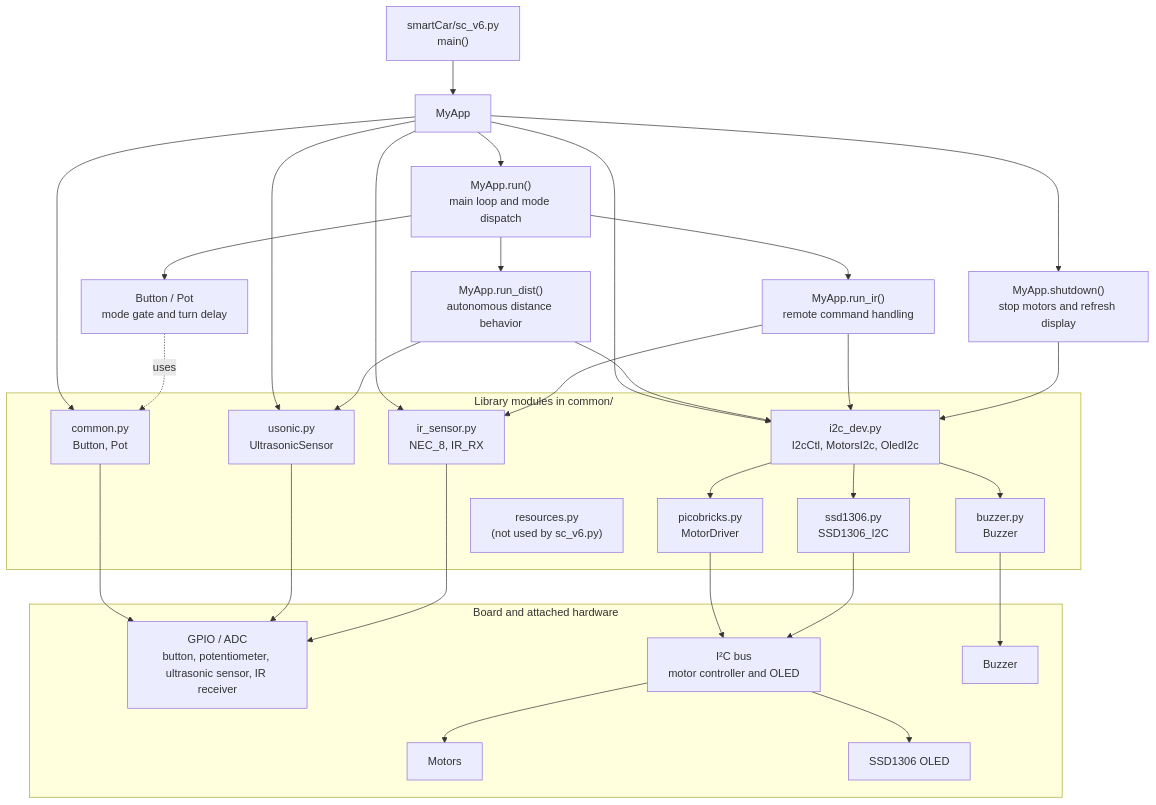
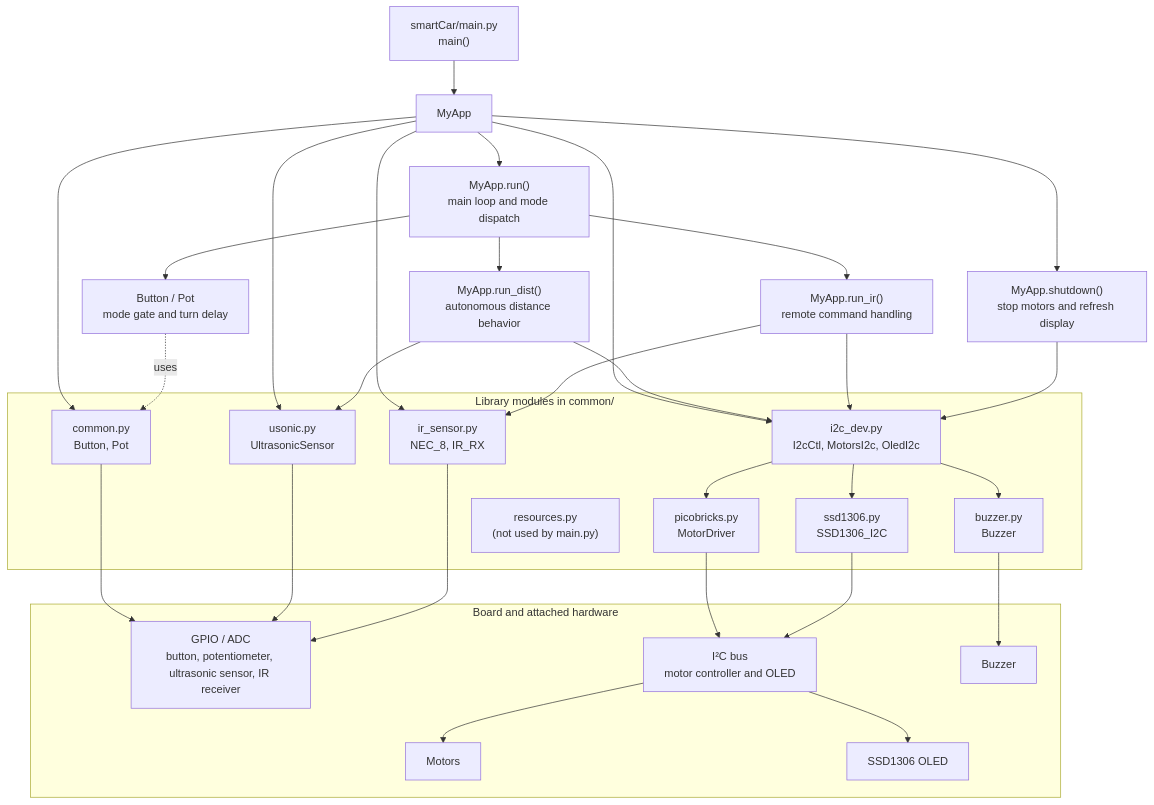
The diagram in smartCar/architecture.md (fkuhns/mybricks), drawn with Mermaid before and after one commit. The commit also changed other lines of this file and 2 other files, not shown here.

Commit message:
cleanup AppException

````diff
--- a/smartCar/architecture.md
+++ b/smartCar/architecture.md
@@ -7,52 +7,52 @@
 ```mermaid
 flowchart TD
-    entry["smartCar/sc_v6.py<br/>main()"] --> app["MyApp"]
+    entry["smartCar/main.py<br/>main()"] --> app["MyApp"]
     app --> loop["MyApp.run()<br/>main loop and mode dispatch"]
     loop --> distance["MyApp.run_dist()<br/>autonomous distance behavior"]
     loop --> infrared["MyApp.run_ir()<br/>remote command handling"]
     loop --> controls["Button / Pot<br/>mode gate and turn delay"]
     app --> shutdown["MyApp.shutdown()<br/>stop motors and refresh display"]
 
     subgraph common["Library modules in common/"]
         common_mod["common.py<br/>Button, Pot"]
         ultrasonic_mod["usonic.py<br/>UltrasonicSensor"]
         ir_mod["ir_sensor.py<br/>NEC_8, IR_RX"]
         i2c_mod["i2c_dev.py<br/>I2cCtl, MotorsI2c, OledI2c"]
         motor_lib["picobricks.py<br/>MotorDriver"]
         display_lib["ssd1306.py<br/>SSD1306_I2C"]
         buzzer_lib["buzzer.py<br/>Buzzer"]
-        resources["resources.py<br/>(not used by sc_v6.py)"]
+        resources["resources.py<br/>(not used by main.py)"]
     end
 
     app --> common_mod
     app --> ultrasonic_mod
     app --> ir_mod
     app --> i2c_mod
     controls -. uses .-> common_mod
     distance --> ultrasonic_mod
     distance --> i2c_mod
     infrared --> ir_mod
     infrared --> i2c_mod
     shutdown --> i2c_mod
 
     i2c_mod --> motor_lib
     i2c_mod --> display_lib
     i2c_mod --> buzzer_lib
 
     subgraph hardware["Board and attached hardware"]
         gpio["GPIO / ADC<br/>button, potentiometer, ultrasonic sensor, IR receiver"]
         bus["I²C bus<br/>motor controller and OLED"]
         motor["Motors"]
         oled["SSD1306 OLED"]
         sound["Buzzer"]
     end
 
     common_mod --> gpio
     ultrasonic_mod --> gpio
     ir_mod --> gpio
     motor_lib --> bus
     display_lib --> bus
     buzzer_lib --> sound
     bus --> motor
     bus --> oled
 ```
````
